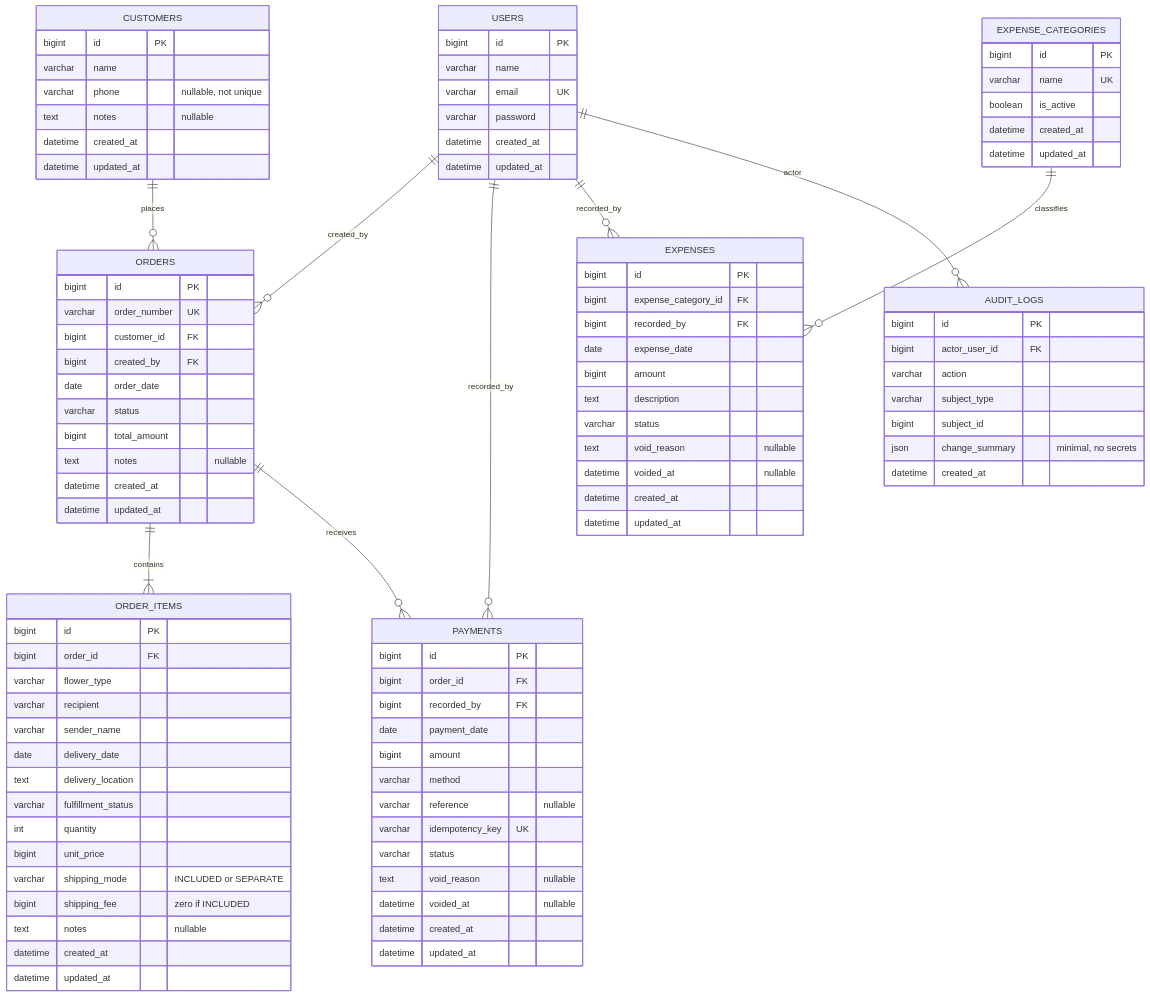
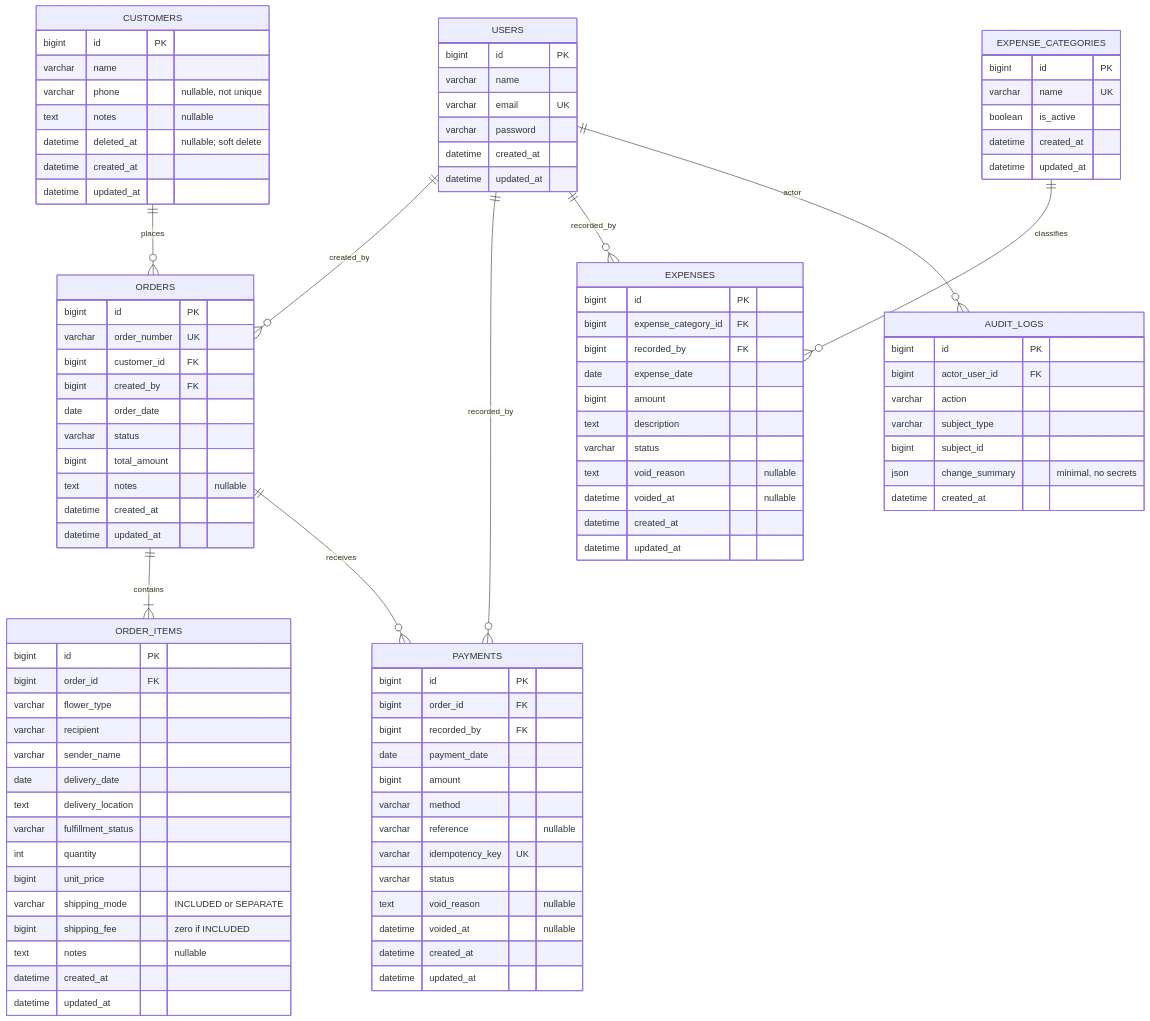
Before and after one commit to Vluuuu/Mutiara-Florist-Management-System: the diagram in docs/DATABASE.md, drawn with Mermaid. The commit also changed other lines of this file and 6 other files, not shown here.

```diff
--- a/docs/DATABASE.md
+++ b/docs/DATABASE.md
@@ -39,6 +40,7 @@
     varchar name
     varchar phone "nullable, not unique"
     text notes "nullable"
+    datetime deleted_at "nullable; soft delete"
     datetime created_at
     datetime updated_at
   }
```
